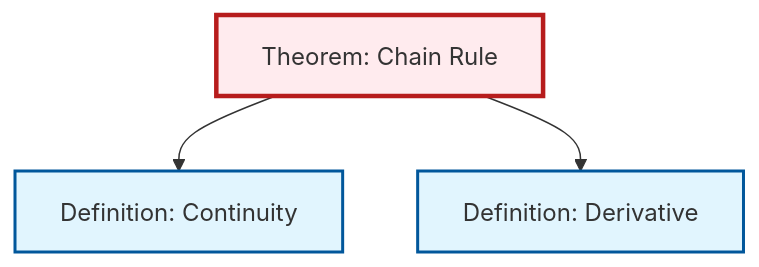
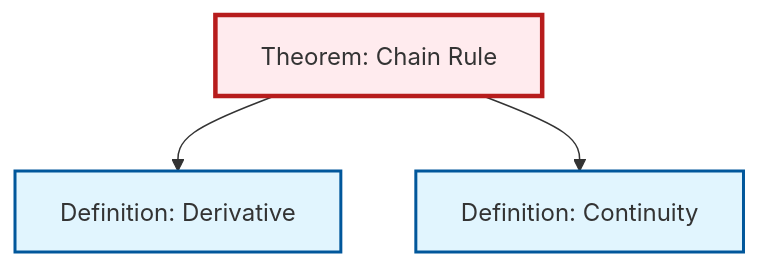
Before and after one commit to RK0429/ModernMath: the second of 2 diagrams in content/en/analysis/thm-chain-rule.qmd, drawn with Mermaid. The commit also changed other lines of this file and 328 other files, not shown here.

````diff
--- a/content/en/analysis/thm-chain-rule.qmd
+++ b/content/en/analysis/thm-chain-rule.qmd
@@ -89,17 +89,17 @@
 ```{mermaid}
 %%| fig-cap: "Local dependency graph"
 graph TD
     classDef definition fill:#e1f5fe,stroke:#01579b,stroke-width:2px
     classDef theorem fill:#f3e5f5,stroke:#4a148c,stroke-width:2px
     classDef axiom fill:#fff3e0,stroke:#e65100,stroke-width:2px
     classDef example fill:#e8f5e9,stroke:#1b5e20,stroke-width:2px
     classDef current fill:#ffebee,stroke:#b71c1c,stroke-width:3px
+    def-derivative["Definition: Derivative"]:::definition
+    thm-chain-rule["Theorem: Chain Rule"]:::theorem
     def-continuity["Definition: Continuity"]:::definition
-    thm-chain-rule["Theorem: Chain Rule"]:::theorem
-    def-derivative["Definition: Derivative"]:::definition
+    thm-chain-rule --> def-derivative
     thm-chain-rule --> def-continuity
-    thm-chain-rule --> def-derivative
     class thm-chain-rule current
+    click def-derivative "def-derivative.html" "Go to Derivative definition"
     click def-continuity "def-continuity.html" "Go to Continuity definition"
-    click def-derivative "def-derivative.html" "Go to Derivative definition"
 ```
````
